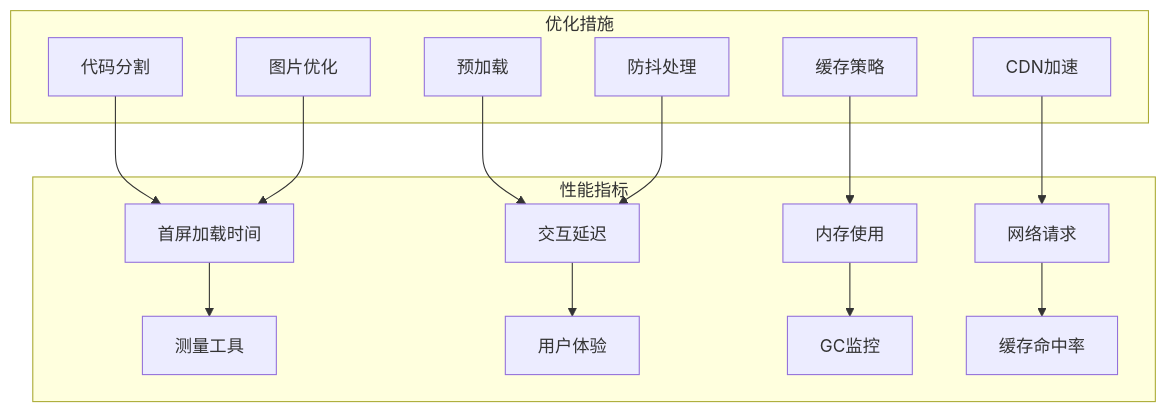
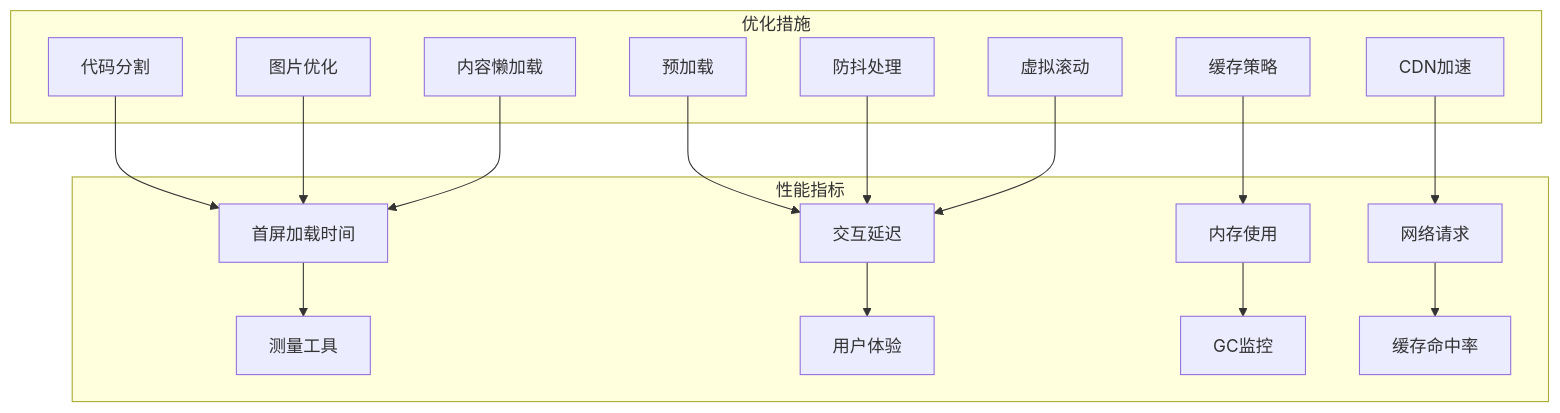
Diagram 12 of 13 in .qoder/repowiki/zh/content/JavaScript 基础知识/交互式学习系统/测验系统.md (UnicornXU/knowledge-base), drawn with Mermaid before and after one commit. The commit also changed other lines of this file and 18 other files, not shown here.

````diff
--- a/.qoder/repowiki/zh/content/JavaScript 基础知识/交互式学习系统/测验系统.md
+++ b/.qoder/repowiki/zh/content/JavaScript 基础知识/交互式学习系统/测验系统.md
@@ -426,17 +529,19 @@
 ```mermaid
 graph TB
 subgraph "性能指标"
 A[首屏加载时间] --> B[测量工具]
 C[交互延迟] --> D[用户体验]
 E[内存使用] --> F[GC监控]
 G[网络请求] --> H[缓存命中率]
 end
 subgraph "优化措施"
 I[代码分割] --> A
 J[图片优化] --> A
 K[预加载] --> C
 L[防抖处理] --> C
 M[缓存策略] --> E
 N[CDN加速] --> G
+O[内容懒加载] --> A
+P[虚拟滚动] --> C
 end
 ```
````
